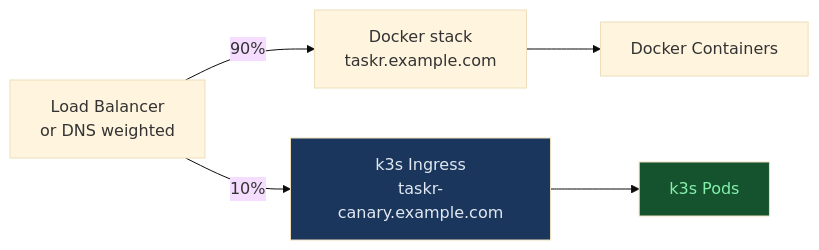
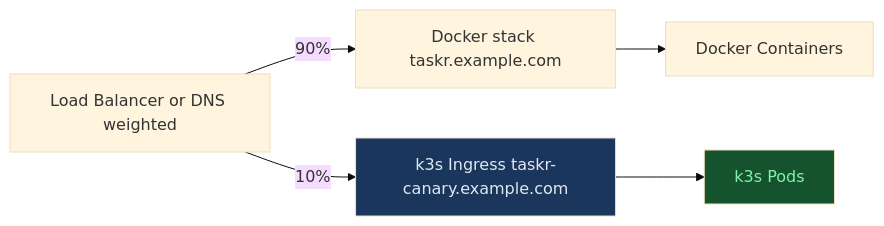
One commit to UncleJS/course_k3s changed the fourth of 7 diagrams in 17_docker_to_k3s/05_migration_walkthrough.md. Above: the diagram before and after it, drawn with Mermaid (base theme). The commit also changed other lines of this file and 57 other files, not shown here.

````diff
--- a/17_docker_to_k3s/05_migration_walkthrough.md
+++ b/17_docker_to_k3s/05_migration_walkthrough.md
@@ -1022,10 +1022,10 @@
 ```mermaid
 flowchart LR
-    LB[Load Balancer\nor DNS weighted] -->|90%| A[Docker stack\ntaskr.example.com]
-    LB -->|10%| B[k3s Ingress\ntaskr-canary.example.com]
+    LB[Load Balancer or DNS weighted] -->|90%| A[Docker stack taskr.example.com]
+    LB -->|10%| B[k3s Ingress taskr-canary.example.com]
     B --> C[k3s Pods]
     A --> D[Docker Containers]
 
     style B fill:#1a365d,color:#e2e8f0
     style C fill:#14532d,color:#86efac
 ```
````
